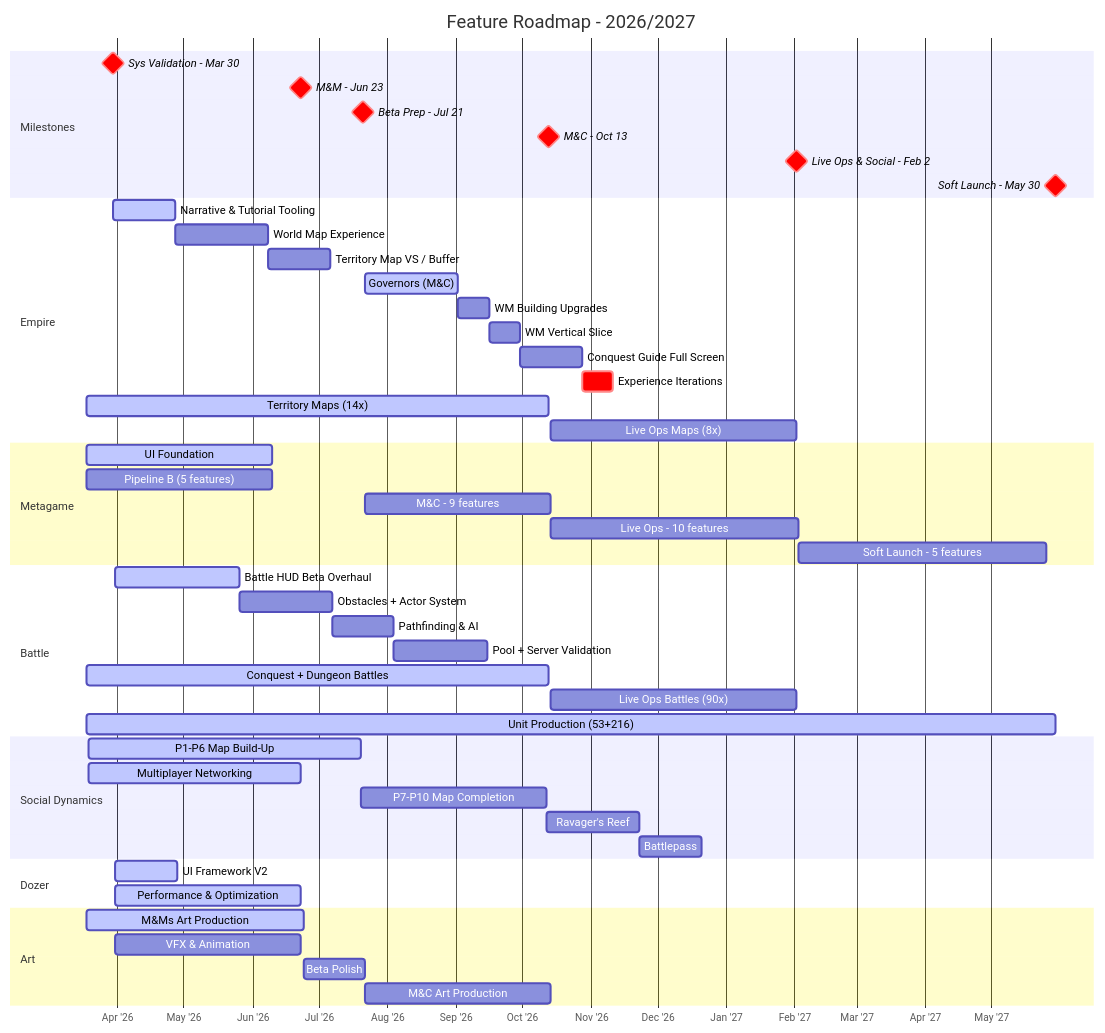
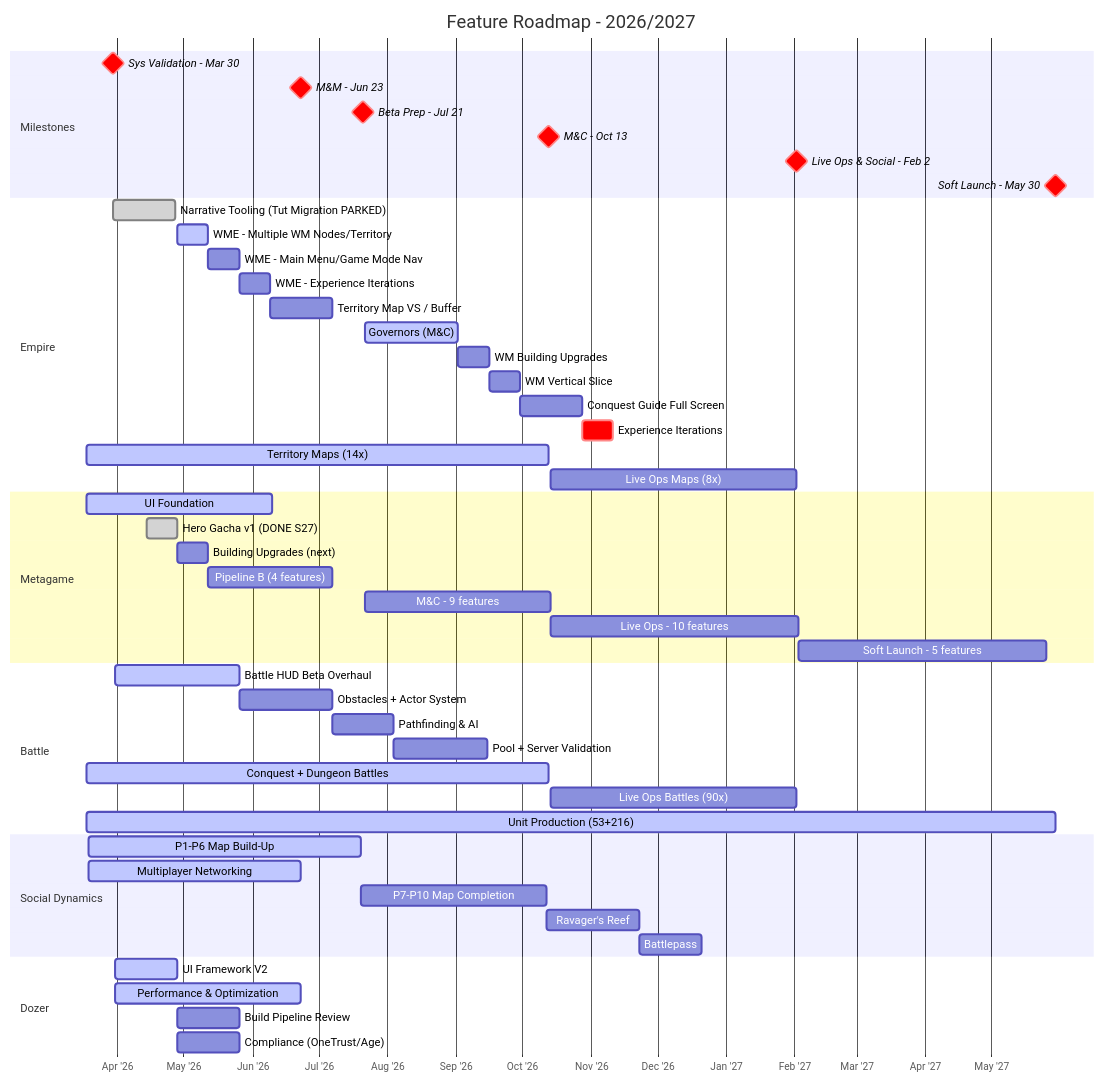
The diagram in generated/roadmap.md (timwilliams-prod/proj-chimera-documentation-brain), drawn with Mermaid before and after one commit. The commit also changed other lines of this file and 6 other files, not shown here.

Commit message:
Updating Roadmap/Sprint plans based on manual Meta/SD updates

````diff
--- a/generated/roadmap.md
+++ b/generated/roadmap.md
@@ -16,60 +16,60 @@
 ```mermaid
 gantt
     title Feature Roadmap - 2026/2027
     dateFormat YYYY-MM-DD
     axisFormat %b '%y
     tickInterval 1month
 
     section Milestones
     Sys Validation - Mar 30   :crit, milestone, 2026-03-30, 0d
     M&M - Jun 23              :crit, milestone, 2026-06-23, 0d
     Beta Prep - Jul 21        :crit, milestone, 2026-07-21, 0d
     M&C - Oct 13              :crit, milestone, 2026-10-13, 0d
     Live Ops & Social - Feb 2 :crit, milestone, 2027-02-02, 0d
     Soft Launch - May 30      :crit, milestone, 2027-05-30, 0d
 
     section Empire
-    Narrative & Tutorial Tooling :active,  emp1, 2026-03-30, 28d
-    World Map Experience       :         emp2, after emp1, 42d
-    Territory Map VS / Buffer  :         emp3, after emp2, 28d
+    Narrative Tooling (Tut Migration PARKED) :done, emp1, 2026-03-30, 28d
+    WME - Multiple WM Nodes/Territory :active, emp2a, 2026-04-28, 14d
+    WME - Main Menu/Game Mode Nav     :        emp2b, after emp2a, 14d
+    WME - Experience Iterations       :        emp2c, after emp2b, 14d
+    Territory Map VS / Buffer  :         emp3, after emp2c, 28d
     Governors (M&C)            :active,  emp4, 2026-07-22, 42d
     WM Building Upgrades       :         emp5, after emp4, 14d
     WM Vertical Slice          :         emp6, after emp5, 14d
     Conquest Guide Full Screen :         emp7, after emp6, 28d
     Experience Iterations      :crit,    emp8, after emp7, 14d
     Territory Maps (14x)       :active,  emp_tm, 2026-03-18, 2026-10-13
     Live Ops Maps (8x)         :         emp_lm, 2026-10-14, 2027-02-02
 
     section Metagame
     UI Foundation              :active, meta_a, 2026-03-18, 84d
-    Pipeline B (5 features)    :        meta_b, 2026-03-18, 84d
+    Hero Gacha v1 (DONE S27)   :done,   meta_b1, 2026-04-14, 14d
+    Building Upgrades (next)   :        meta_b2, 2026-04-28, 14d
+    Pipeline B (4 features)    :        meta_b, after meta_b2, 56d
     M&C - 9 features           :        meta_mc, 2026-07-22, 84d
     Live Ops - 10 features     :        meta_lo, 2026-10-14, 112d
     Soft Launch - 5 features   :        meta_sl, 2027-02-03, 112d
 
     section Battle
     Battle HUD Beta Overhaul   :active,  bat1, 2026-03-31, 56d
     Obstacles + Actor System   :         bat2, after bat1, 42d
     Pathfinding & AI           :         bat4, after bat2, 28d
     Pool + Server Validation   :         bat5, after bat4, 42d
     Conquest + Dungeon Battles :active,  bat_cb, 2026-03-18, 2026-10-13
     Live Ops Battles (90x)     :         bat_lb, 2026-10-14, 2027-02-02
     Unit Production (53+216)   :active,  bat_units, 2026-03-18, 2027-05-30
 
     section Social Dynamics
     P1-P6 Map Build-Up         :active,  soc1, 2026-03-19, 2026-07-20
     Multiplayer Networking     :active,  soc_net, 2026-03-19, 2026-06-23
     P7-P10 Map Completion      :         soc2, after soc1, 84d
     Ravager's Reef             :         soc_rr, after soc2, 42d
     Battlepass                 :         soc_bp, after soc_rr, 28d
 
     section Dozer
     UI Framework V2            :active,  doz1, 2026-03-31, 28d
     Performance & Optimization :active,  doz2, 2026-03-31, 84d
-
-    section Art
-    M&Ms Art Production        :active,  art1, 2026-03-18, 98d
-    VFX & Animation            :         art4, 2026-03-31, 84d
-    Beta Polish                :         art_bp, 2026-06-24, 28d
-    M&C Art Production         :         art5, 2026-07-22, 84d
+    Build Pipeline Review      :         doz3, 2026-04-28, 28d
+    Compliance (OneTrust/Age)  :         doz4, 2026-04-28, 28d
 ```
````
